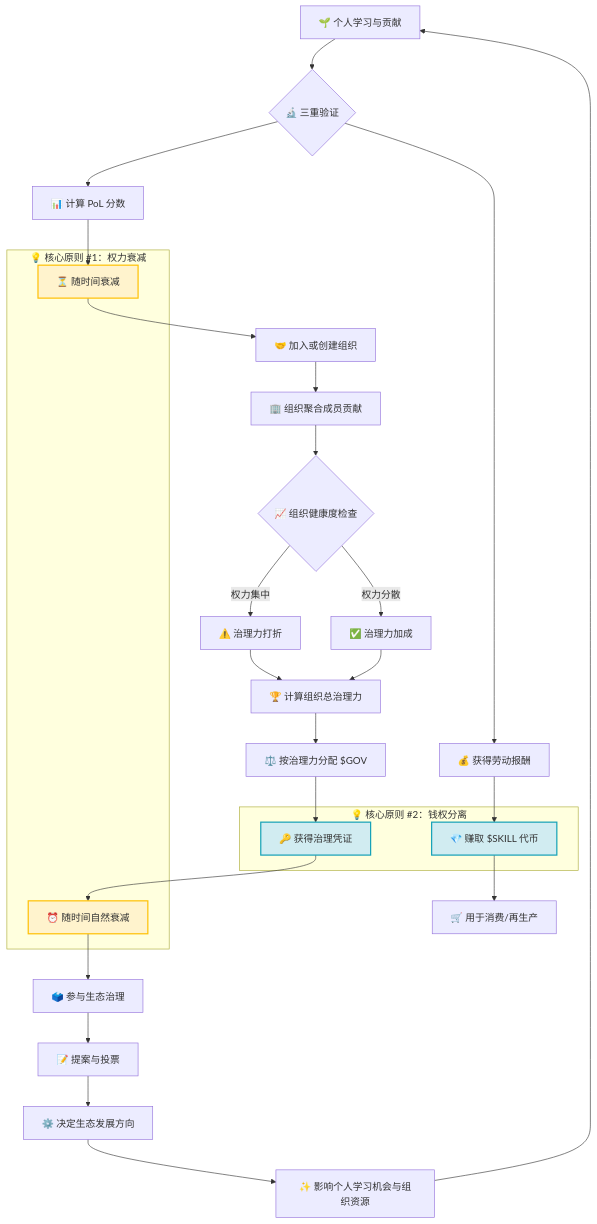
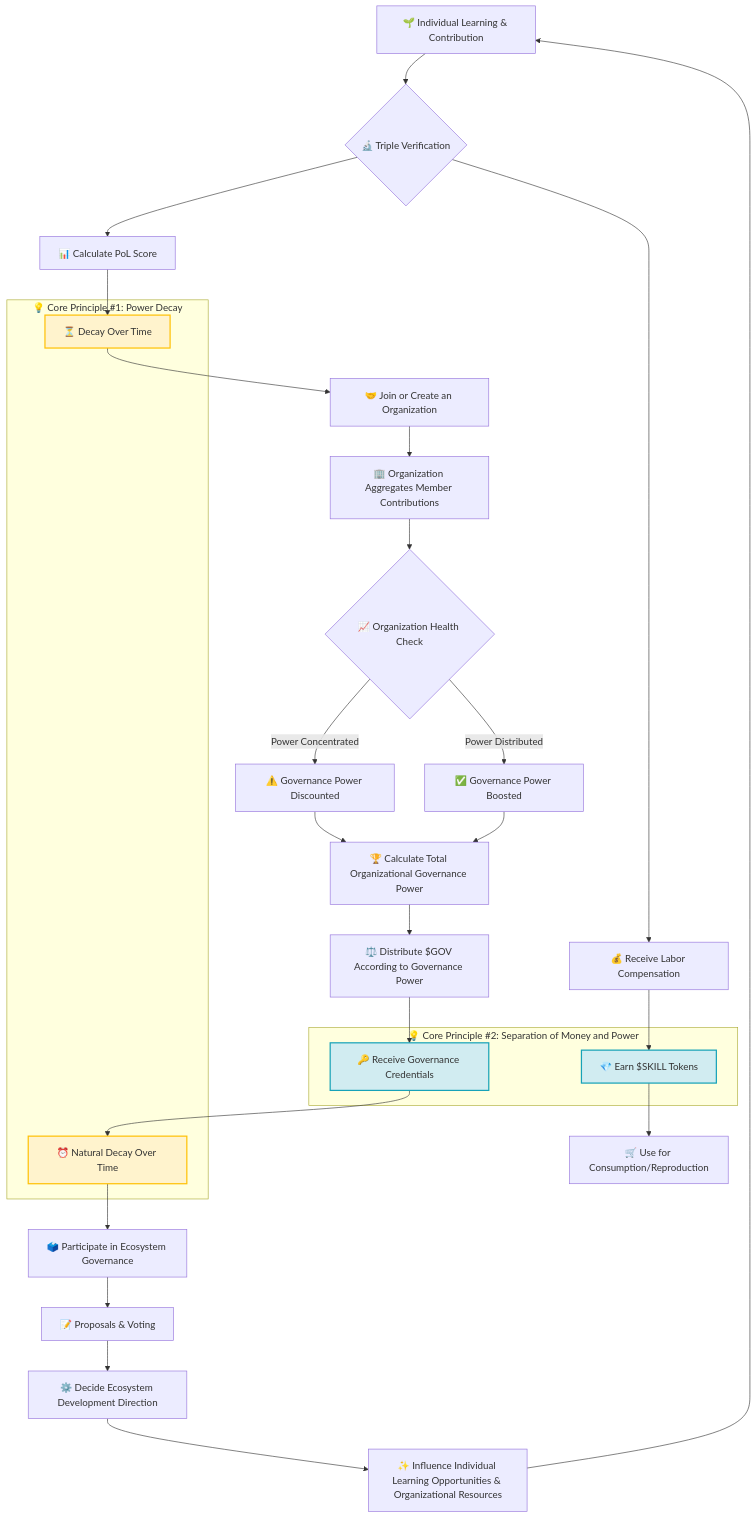
Before and after one commit to hepuloujun/PoL: the diagram in README.md, drawn with Mermaid. The commit also changed other lines of this file, not shown here.

````diff
--- a/README.md
+++ b/README.md
@@ -87,50 +87,50 @@
 ```mermaid
 graph TD
-    A[🌱 个人学习与贡献] --> B{🔬 三重验证};
+    A[🌱 Individual Learning & Contribution] --> B{🔬 Triple Verification};
     
-    B --> C[💰 获得劳动报酬];
-    B --> D[📊 计算 PoL 分数];
+    B --> C[💰 Receive Labor Compensation];
+    B --> D[📊 Calculate PoL Score];
     
-    C --> E[💎 赚取 $SKILL 代币];
-    D --> F[⏳ 随时间衰减];
+    C --> E[💎 Earn $SKILL Tokens];
+    D --> F[⏳ Decay Over Time];
     
-    E --> G[🛒 用于消费/再生产];
-    F --> H[🤝 加入或创建组织];
+    E --> G[🛒 Use for Consumption/Reproduction];
+    F --> H[🤝 Join or Create an Organization];
     
-    H --> I[🏢 组织聚合成员贡献];
-    I --> J{📈 组织健康度检查};
+    H --> I[🏢 Organization Aggregates Member Contributions];
+    I --> J{📈 Organization Health Check};
     
-    J -- 权力集中 --> K[⚠️ 治理力打折];
-    J -- 权力分散 --> L[✅ 治理力加成];
+    J -- Power Concentrated --> K[⚠️ Governance Power Discounted];
+    J -- Power Distributed --> L[✅ Governance Power Boosted];
     
-    K --> M[🏆 计算组织总治理力];
+    K --> M[🏆 Calculate Total Organizational Governance Power];
     L --> M;
     
-    M --> N[⚖️ 按治理力分配 $GOV];
-    N --> O[🔑 获得治理凭证];
+    M --> N[⚖️ Distribute $GOV According to Governance Power];
+    N --> O[🔑 Receive Governance Credentials];
     
-    O --> P[⏰ 随时间自然衰减];
-    P --> Q[🗳️ 参与生态治理];
+    O --> P[⏰ Natural Decay Over Time];
+    P --> Q[🗳️ Participate in Ecosystem Governance];
     
-    Q --> R[📝 提案与投票];
-    R --> S[⚙️ 决定生态发展方向];
-    S --> T[✨ 影响个人学习机会与组织资源];
+    Q --> R[📝 Proposals & Voting];
+    R --> S[⚙️ Decide Ecosystem Development Direction];
+    S --> T[✨ Influence Individual Learning Opportunities & Organizational Resources];
     
     T --> A;
     
-    %% 核心原则高亮
-    subgraph "💡 核心原则 #1：权力衰减"
+    %% Highlight Core Principles
+    subgraph "💡 Core Principle #1: Power Decay"
         F
         P
     end
     
-    subgraph "💡 核心原则 #2：钱权分离"
+    subgraph "💡 Core Principle #2: Separation of Money and Power"
         E
         O
     end
     
     style F fill:#fff3cd,stroke:#ffc107,stroke-width:2px
     style P fill:#fff3cd,stroke:#ffc107,stroke-width:2px
     style E fill:#d1ecf1,stroke:#17a2b8,stroke-width:2px
     style O fill:#d1ecf1,stroke:#17a2b8,stroke-width:2px
 ```
````
